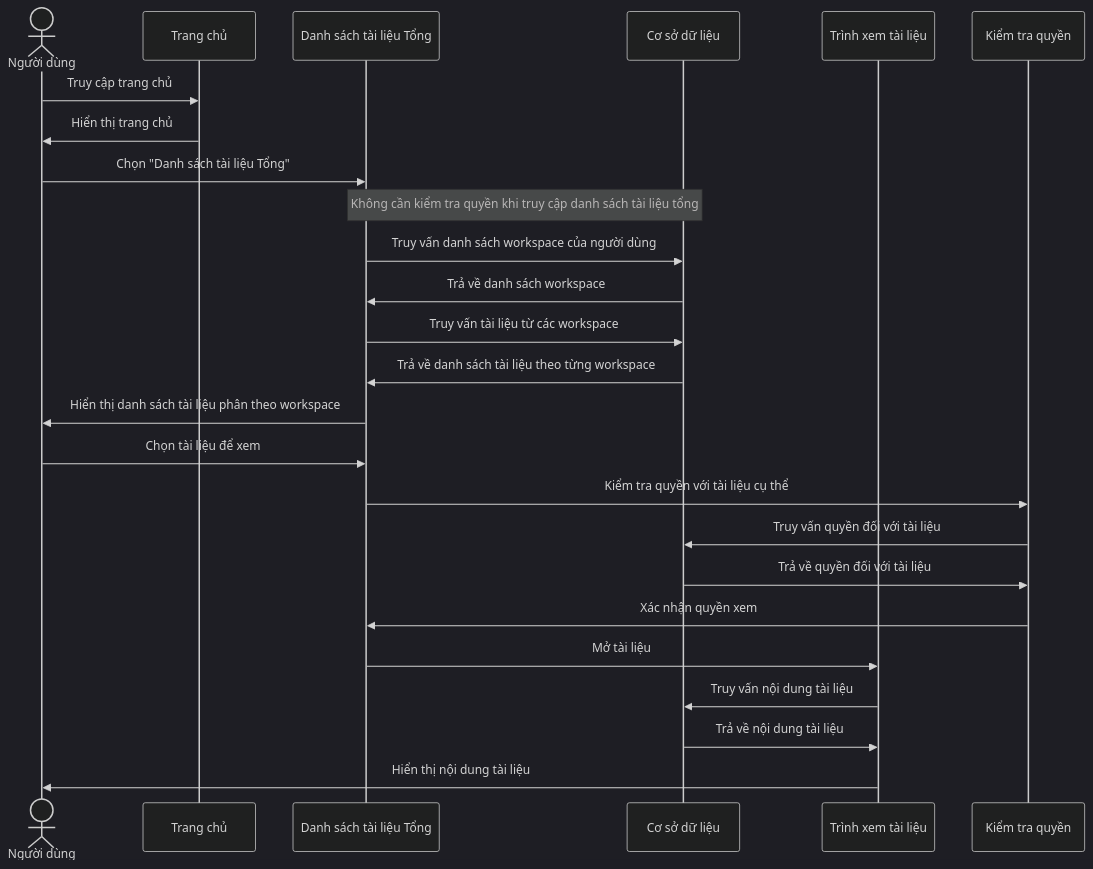
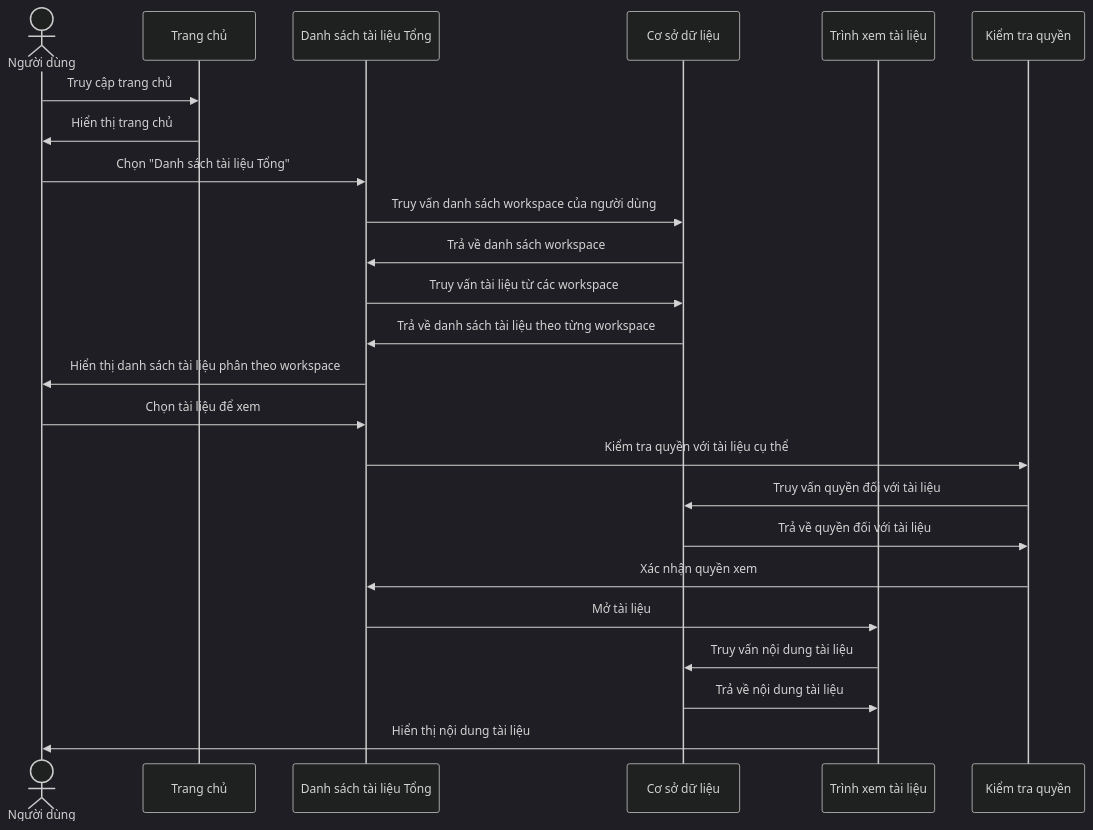
One commit to HuyThai3105/Workspace changed the first of 10 diagrams in document_sequences.md. Above: the diagram before and after it, drawn with Mermaid (dark theme). The commit also changed 2 other files, not shown here.

Commit message:
change TaskDoD

````diff
--- a/document_sequences.md
+++ b/document_sequences.md
@@ -28,30 +28,29 @@
 ```mermaid
 sequenceDiagram
     actor User as Người dùng
     participant Dashboard as Trang chủ
     participant DocList as Danh sách tài liệu Tổng
     participant DB as Cơ sở dữ liệu
     participant DocViewer as Trình xem tài liệu
     participant Auth as Kiểm tra quyền
     
     User->>Dashboard: Truy cập trang chủ
     Dashboard->>User: Hiển thị trang chủ
     User->>DocList: Chọn "Danh sách tài liệu Tổng"
-    
-    Note over DocList,DB: Không cần kiểm tra quyền khi truy cập danh sách tài liệu tổng
+
     DocList->>DB: Truy vấn danh sách workspace của người dùng
     DB->>DocList: Trả về danh sách workspace
     DocList->>DB: Truy vấn tài liệu từ các workspace
     DB->>DocList: Trả về danh sách tài liệu theo từng workspace
     DocList->>User: Hiển thị danh sách tài liệu phân theo workspace
     
     User->>DocList: Chọn tài liệu để xem
     DocList->>Auth: Kiểm tra quyền với tài liệu cụ thể
     Auth->>DB: Truy vấn quyền đối với tài liệu
     DB->>Auth: Trả về quyền đối với tài liệu
     Auth->>DocList: Xác nhận quyền xem
     DocList->>DocViewer: Mở tài liệu
     DocViewer->>DB: Truy vấn nội dung tài liệu
     DB->>DocViewer: Trả về nội dung tài liệu
     DocViewer->>User: Hiển thị nội dung tài liệu
 ```
````
